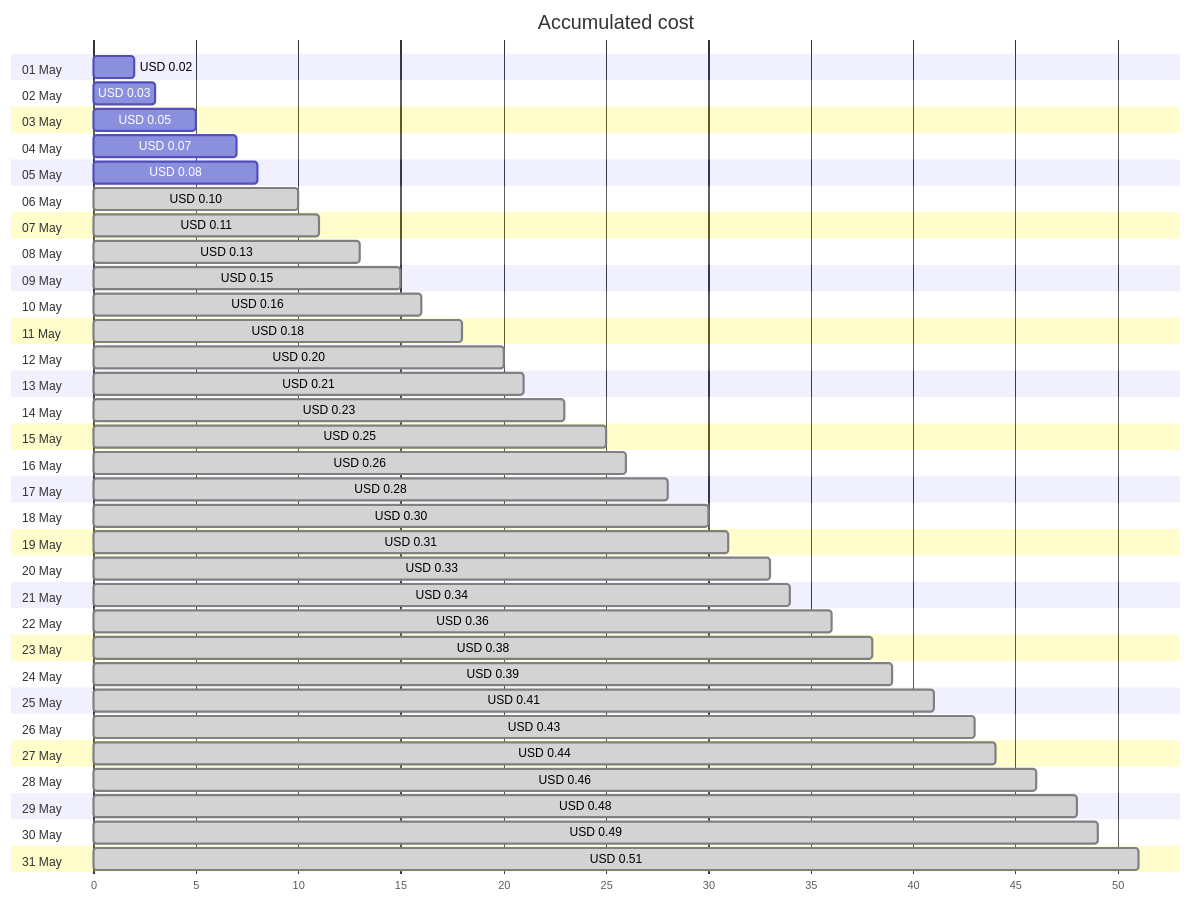
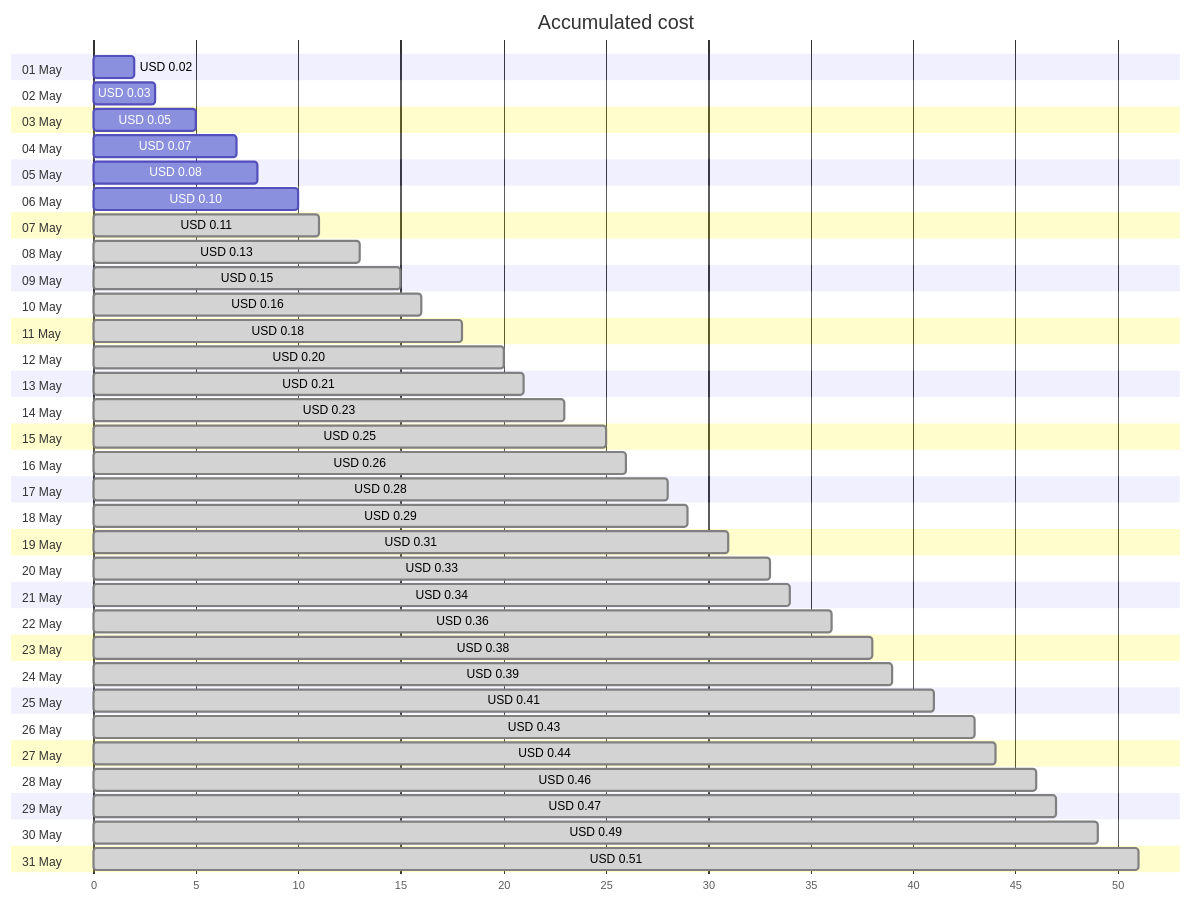
Before and after one commit to jpfulton/azure-personal-reports: the first of 4 diagrams in cost-reports/personal-dns/jpatrickfulton.dev.md, drawn with Mermaid. The commit also changed other lines of this file and 2 other files, not shown here.

````diff
--- a/cost-reports/personal-dns/jpatrickfulton.dev.md
+++ b/cost-reports/personal-dns/jpatrickfulton.dev.md
@@ -20,68 +20,68 @@
 ```mermaid
 gantt
    title Accumulated cost
    dateFormat  X
    axisFormat %s
    section 01 May
    USD 0.02 :0, 2
    section 02 May
    USD 0.03 :0, 3
    section 03 May
    USD 0.05 :0, 5
    section 04 May
    USD 0.07 :0, 7
    section 05 May
    USD 0.08 :0, 8
    section 06 May
-   USD 0.10 : done, 0, 10
+   USD 0.10 :0, 10
    section 07 May
    USD 0.11 : done, 0, 11
    section 08 May
    USD 0.13 : done, 0, 13
    section 09 May
    USD 0.15 : done, 0, 15
    section 10 May
    USD 0.16 : done, 0, 16
    section 11 May
    USD 0.18 : done, 0, 18
    section 12 May
    USD 0.20 : done, 0, 20
    section 13 May
    USD 0.21 : done, 0, 21
    section 14 May
    USD 0.23 : done, 0, 23
    section 15 May
    USD 0.25 : done, 0, 25
    section 16 May
    USD 0.26 : done, 0, 26
    section 17 May
    USD 0.28 : done, 0, 28
    section 18 May
-   USD 0.30 : done, 0, 30
+   USD 0.29 : done, 0, 29
    section 19 May
    USD 0.31 : done, 0, 31
    section 20 May
    USD 0.33 : done, 0, 33
    section 21 May
    USD 0.34 : done, 0, 34
    section 22 May
    USD 0.36 : done, 0, 36
    section 23 May
    USD 0.38 : done, 0, 38
    section 24 May
    USD 0.39 : done, 0, 39
    section 25 May
    USD 0.41 : done, 0, 41
    section 26 May
    USD 0.43 : done, 0, 43
    section 27 May
    USD 0.44 : done, 0, 44
    section 28 May
    USD 0.46 : done, 0, 46
    section 29 May
-   USD 0.48 : done, 0, 48
+   USD 0.47 : done, 0, 47
    section 30 May
    USD 0.49 : done, 0, 49
    section 31 May
    USD 0.51 : done, 0, 51
 ```
````
